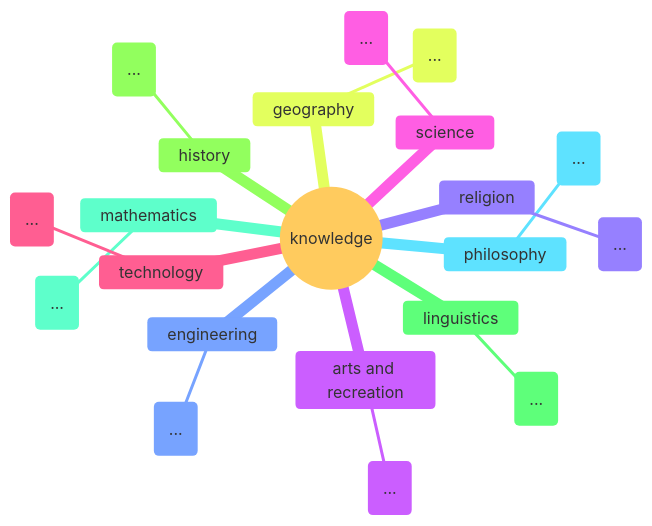
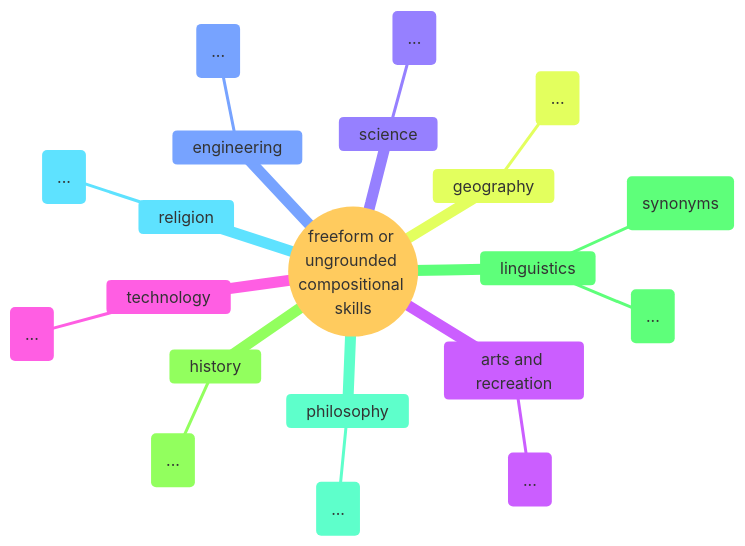
Before and after one commit to nimbinatus/taxonomy: the fifth of 18 diagrams in docs/full_taxonomy.md, drawn with Mermaid. The commit also changed other lines of this file, not shown here.

````diff
--- a/docs/full_taxonomy.md
+++ b/docs/full_taxonomy.md
@@ -126,31 +148,31 @@
 ```mermaid
 ---
-title: Knowledge
+title: Compositional Skills - Freeform
 config:
     theme: base
     mindmap:
         maxNodeWidth: 100
+    fontSize: 8
 ---
 mindmap
-    root((knowledge))
+    root((freeform or ungrounded compositional skills))
         arts and recreation
             id(...)
         engineering
             id(...)
         geography
             id(...)
         history
             id(...)
         linguistics
-            id(...)
-        mathematics
+            id(synonyms)
             id(...)
         philosophy
             id(...)
         religion
             id(...)
         science
             id(...)
         technology
             id(...)
 ```
````
